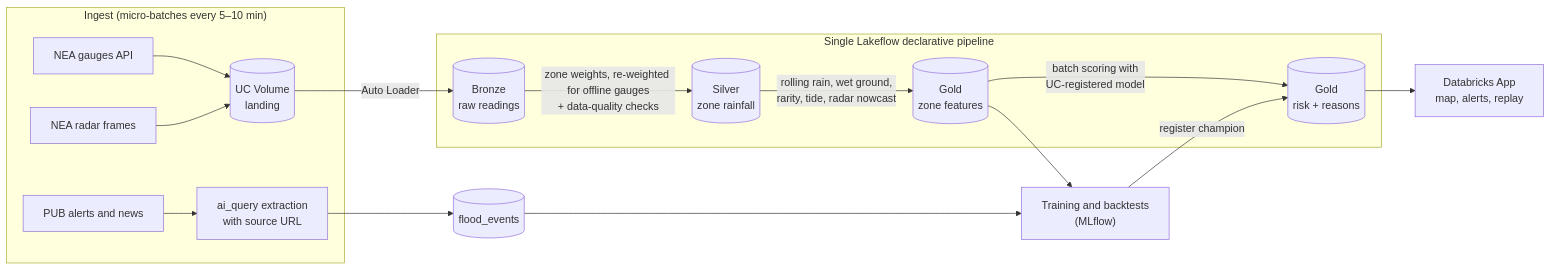
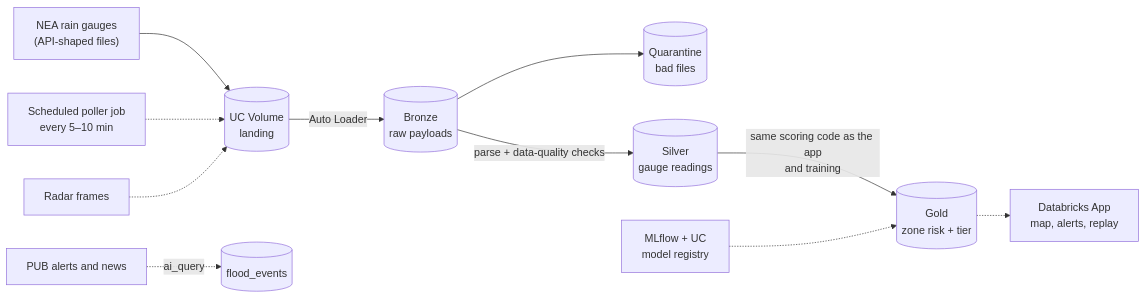
Before and after one commit to adk7712/floodsense: the diagram in submission/round1_pitch_deck.md, drawn with Mermaid. The commit also changed other lines of this file and 25 other files, not shown here.

````diff
--- a/submission/round1_pitch_deck.md
+++ b/submission/round1_pitch_deck.md
@@ -88,19 +106,13 @@
 ```mermaid
 flowchart LR
-    subgraph IN["Ingest (micro-batches every 5–10 min)"]
-        G["NEA gauges API"] --> V[("UC Volume<br/>landing")]
-        R["NEA radar frames"] --> V
-        A["PUB alerts and news"] --> X["ai_query extraction<br/>with source URL"]
-    end
-    subgraph LF["Single Lakeflow declarative pipeline"]
-        V -->|Auto Loader| B[("Bronze<br/>raw readings")]
-        B -->|"zone weights, re-weighted for offline gauges<br/>+ data-quality checks"| S[("Silver<br/>zone rainfall")]
-        S -->|"rolling rain, wet ground,<br/>rarity, tide, radar nowcast"| F[("Gold<br/>zone features")]
-        F -->|"batch scoring with<br/>UC-registered model"| P[("Gold<br/>risk + reasons")]
-    end
-    X --> E[("flood_events")]
-    E --> T["Training and backtests<br/>(MLflow)"]
-    F --> T
-    T -->|"register champion"| P
-    P --> APP["Databricks App<br/>map, alerts, replay"]
+    G["NEA rain gauges<br/>(API-shaped files)"] --> V[("UC Volume<br/>landing")]
+    V -->|Auto Loader| B[("Bronze<br/>raw payloads")]
+    B --> Q[("Quarantine<br/>bad files")]
+    B -->|"parse + data-quality checks"| S[("Silver<br/>gauge readings")]
+    S -->|"same scoring code as the app<br/>and training"| P[("Gold<br/>zone risk + tier")]
+    J["Scheduled poller job<br/>every 5–10 min"] -.-> V
+    R["Radar frames"] -.-> V
+    A["PUB alerts and news"] -.->|ai_query| E[("flood_events")]
+    P -.-> APP["Databricks App<br/>map, alerts, replay"]
+    M["MLflow + UC<br/>model registry"] -.-> P
 ```
````
